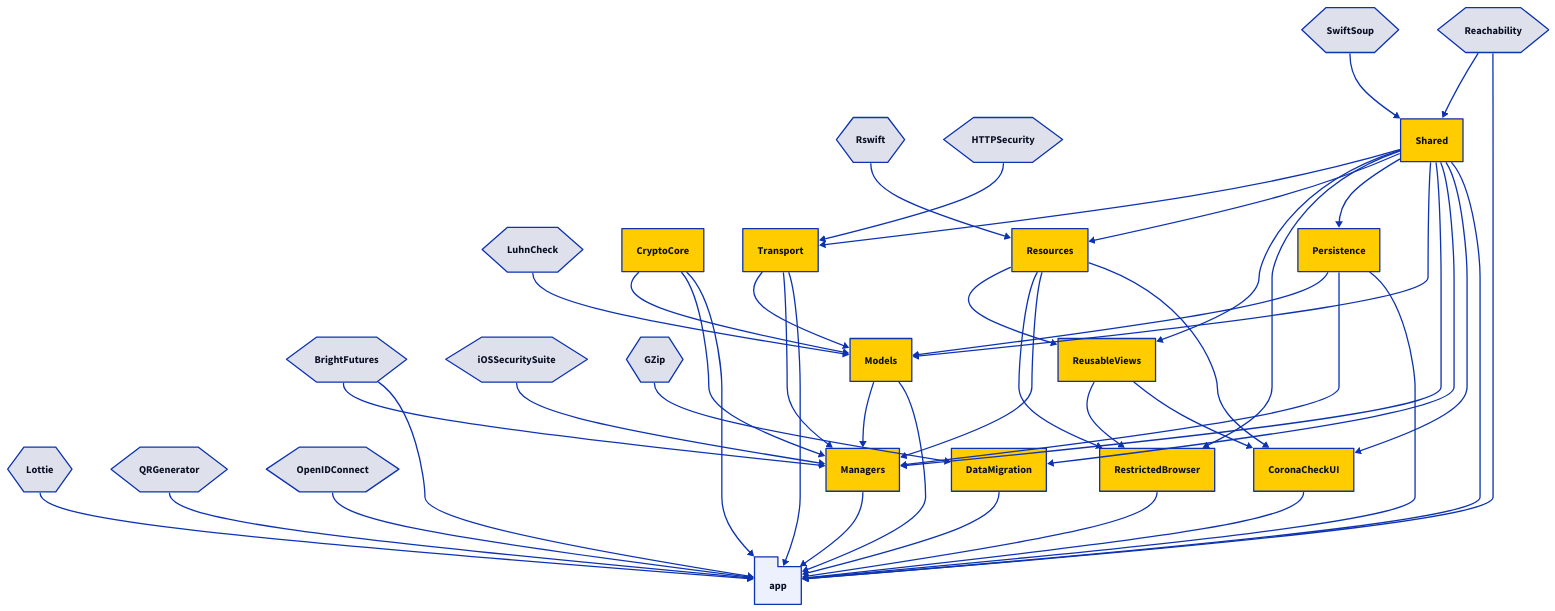
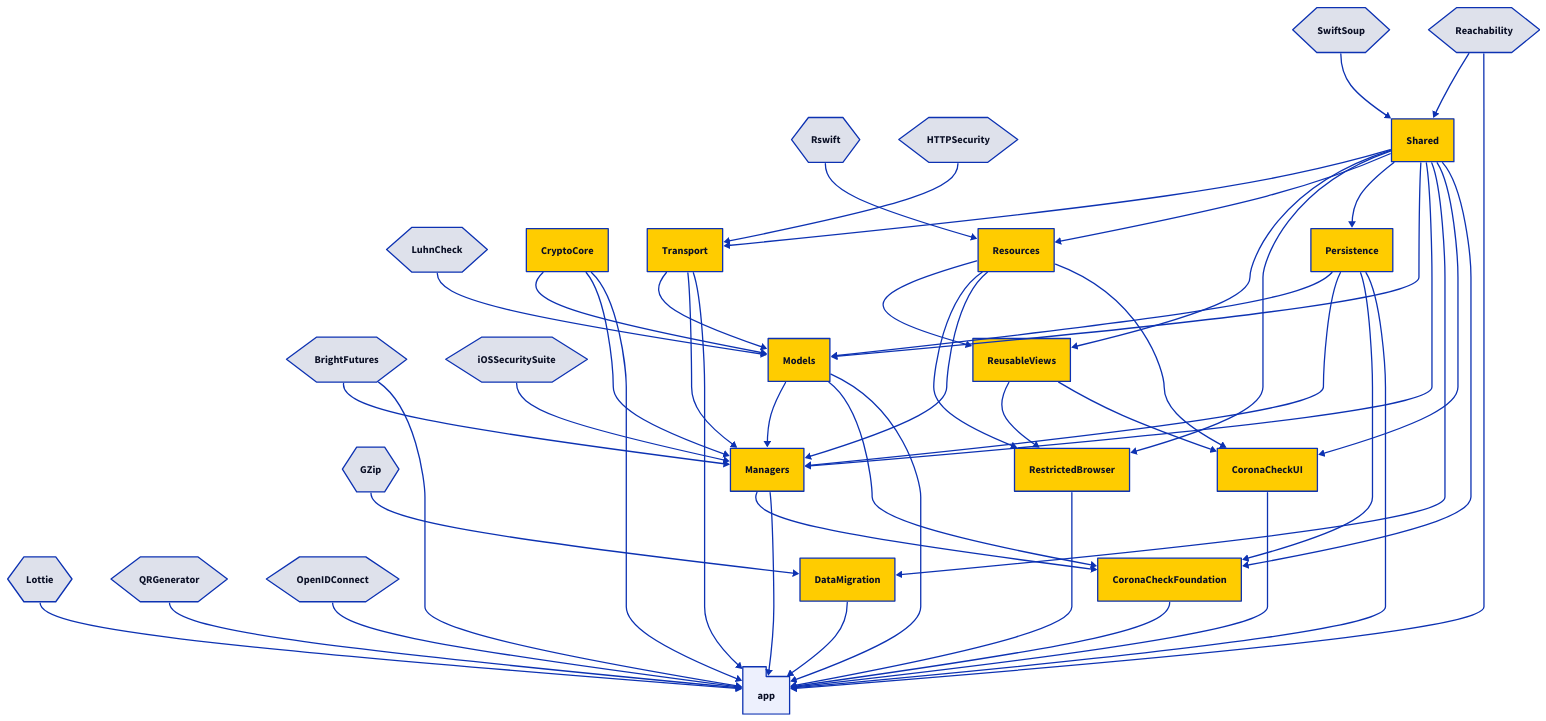
The diagram in Diagrams/packages-withouttests.d2 (minvws/nl-covid19-coronacheck-app-ios), drawn with D2 before and after one commit. The commit also changed 31 other files, not shown here.

Commit message:
Replace import Shared with import CoronaCheckFoundation

```diff
--- a/Diagrams/packages-withouttests.d2
+++ b/Diagrams/packages-withouttests.d2
@@ -1,111 +1,117 @@
 direction: down
 
 # Third-Party
 Rswift: {
   shape: hexagon
 }
 Reachability: {
   shape: hexagon
 }
 BrightFutures: {
   shape: hexagon
 }
 HTTPSecurity: {
   shape: hexagon
 }
 LuhnCheck: {
   shape: hexagon
 }
 iOSSecuritySuite: {
   shape: hexagon
 }
 Lottie: {
   shape: hexagon
 }
 QRGenerator: {
   shape: hexagon
 }
 OpenIDConnect: {
   shape: hexagon
 }
 SwiftSoup: {
   shape: hexagon
 }
 GZip: {
   shape: hexagon
 }
 
 # The application
 
 app: {
   shape: package
 }
 
 app <- BrightFutures
+app <- CoronaCheckFoundation
 app <- CoronaCheckUI
 app <- CryptoCore
 app <- DataMigration
 app <- Lottie
 app <- Managers
 app <- Models
 app <- OpenIDConnect
 app <- Persistence
 app <- QRGenerator
 app <- Reachability
 app <- RestrictedBrowser
-app <- Shared
 app <- Transport
 
 # - Packages - 
+
+CoronaCheckFoundation { style.fill: "#ffcc00" }
+CoronaCheckFoundation <- Managers
+CoronaCheckFoundation <- Models
+CoronaCheckFoundation <- Persistence
+CoronaCheckFoundation <- Shared
 
 CoronaCheckUI { style.fill: "#ffcc00" }
 CoronaCheckUI <- Resources
 CoronaCheckUI <- ReusableViews
 CoronaCheckUI <- Shared
 
 CryptoCore { style.fill: "#ffcc00" }
 
 DataMigration { style.fill: "#ffcc00" }
 DataMigration <- Shared
 DataMigration <- GZip
 
 Managers { style.fill: "#ffcc00" }
 Managers <- CryptoCore
 Managers <- Models
 Managers <- Persistence
 Managers <- Resources
 Managers <- Shared
 Managers <- Transport
 Managers <- BrightFutures
 Managers <- iOSSecuritySuite
 
 Models { style.fill: "#ffcc00" }
 Models <- CryptoCore
 Models <- Persistence
 Models <- Shared
 Models <- Transport
 Models <- LuhnCheck
 
 Persistence { style.fill: "#ffcc00" }
 Persistence <- Shared
 
 Resources { style.fill: "#ffcc00" }
 Resources <- Shared
 Resources <- Rswift
 
 RestrictedBrowser { style.fill: "#ffcc00" }
 RestrictedBrowser <- Shared
 RestrictedBrowser <- Resources
 RestrictedBrowser <- ReusableViews
 
 ReusableViews { style.fill: "#ffcc00" }
 ReusableViews <- Shared
 ReusableViews <- Resources
 
 Shared { style.fill: "#ffcc00" }
 Shared <- Reachability
 Shared <- SwiftSoup
 
 Transport { style.fill: "#ffcc00" }
 Transport <- HTTPSecurity
 Transport <- Shared
```
